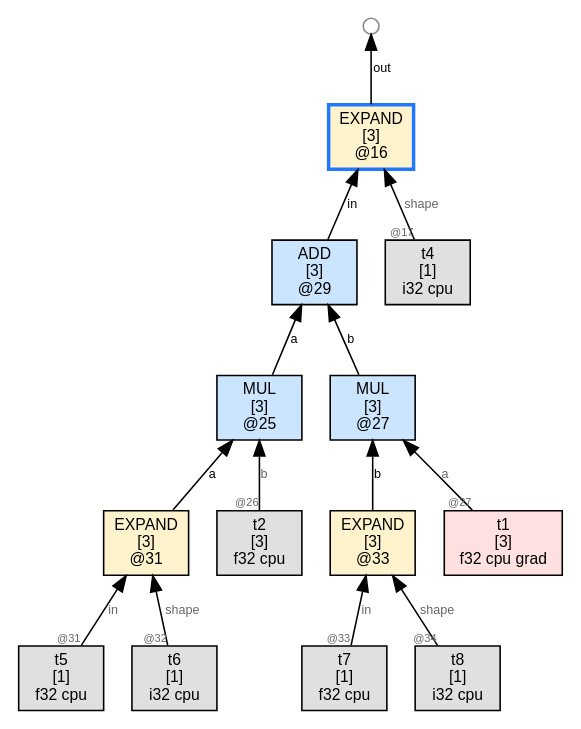
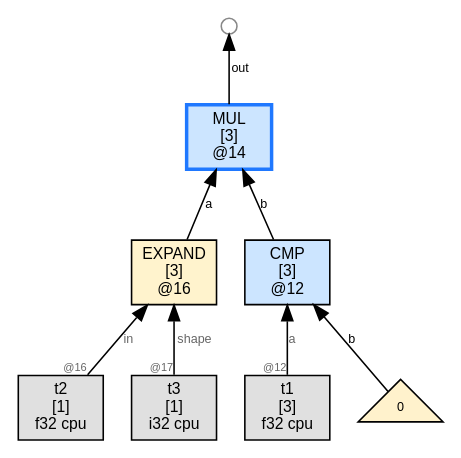
Before and after one commit to sw1sh/TinyHVM: the diagram in wl/examples/thvm_graphs/grad_rules/gradu_poly/thvm_1_post_reduce.dot, drawn with Graphviz. The commit also changed 4 other files, not shown here.

```diff
--- a/wl/examples/thvm_graphs/grad_rules/gradu_poly/thvm_1_post_reduce.dot
+++ b/wl/examples/thvm_graphs/grad_rules/gradu_poly/thvm_1_post_reduce.dot
@@ -1,33 +1,21 @@
 digraph G {
   rankdir=BT;
   node [fontname="Helvetica", fontsize=10, style=filled, shape=box, margin="0.1,0.05"];
   edge [fontsize=8, fontname="Helvetica"];
 
-  n16 [label="EXPAND\n[3]\n@16", shape=box, fillcolor="#fff3cd",color="#1f78ff",penwidth=2.2];
-  n29 -> n16 [label="in"];
-  t4 [label="t4\n[1]\ni32 cpu",shape=box,fillcolor="#e0e0e0"];
-  t4 -> n16 [label="shape",taillabel="@17",labelfontsize=7,fontcolor="#666666"];
-  free16_1000 [label="",shape=circle,width=0.14,height=0.14,fixedsize=true,fillcolor="#ffffff",color="#888888",fontsize=1];
-  n16 -> free16_1000 [label="out"];
-  n29 [label="ADD\n[3]\n@29", shape=box, fillcolor="#cce5ff"];
-  n25 -> n29 [label="a"];
-  n27 -> n29 [label="b"];
-  n31 [label="EXPAND\n[3]\n@31", shape=box, fillcolor="#fff3cd"];
-  t5 [label="t5\n[1]\nf32 cpu",shape=box,fillcolor="#e0e0e0"];
-  t5 -> n31 [label="in",taillabel="@31",labelfontsize=7,fontcolor="#666666"];
-  t6 [label="t6\n[1]\ni32 cpu",shape=box,fillcolor="#e0e0e0"];
-  t6 -> n31 [label="shape",taillabel="@32",labelfontsize=7,fontcolor="#666666"];
-  n33 [label="EXPAND\n[3]\n@33", shape=box, fillcolor="#fff3cd"];
-  t7 [label="t7\n[1]\nf32 cpu",shape=box,fillcolor="#e0e0e0"];
-  t7 -> n33 [label="in",taillabel="@33",labelfontsize=7,fontcolor="#666666"];
-  t8 [label="t8\n[1]\ni32 cpu",shape=box,fillcolor="#e0e0e0"];
-  t8 -> n33 [label="shape",taillabel="@34",labelfontsize=7,fontcolor="#666666"];
-  n25 [label="MUL\n[3]\n@25", shape=box, fillcolor="#cce5ff"];
-  n31 -> n25 [label="a"];
-  t2 [label="t2\n[3]\nf32 cpu",shape=box,fillcolor="#e0e0e0"];
-  t2 -> n25 [label="b",taillabel="@26",labelfontsize=7,fontcolor="#666666"];
-  n27 [label="MUL\n[3]\n@27", shape=box, fillcolor="#cce5ff"];
-  t1 [label="t1\n[3]\nf32 cpu grad",shape=box,fillcolor="#ffe0e0"];
-  t1 -> n27 [label="a",taillabel="@27",labelfontsize=7,fontcolor="#666666"];
-  n33 -> n27 [label="b"];
+  n14 [label="MUL\n[3]\n@14", shape=box, fillcolor="#cce5ff",color="#1f78ff",penwidth=2.2];
+  n16 -> n14 [label="a"];
+  n12 -> n14 [label="b"];
+  free14_1000 [label="",shape=circle,width=0.14,height=0.14,fixedsize=true,fillcolor="#ffffff",color="#888888",fontsize=1];
+  n14 -> free14_1000 [label="out"];
+  n16 [label="EXPAND\n[3]\n@16", shape=box, fillcolor="#fff3cd"];
+  t2 [label="t2\n[1]\nf32 cpu",shape=box,fillcolor="#e0e0e0"];
+  t2 -> n16 [label="in",taillabel="@16",labelfontsize=7,fontcolor="#666666"];
+  t3 [label="t3\n[1]\ni32 cpu",shape=box,fillcolor="#e0e0e0"];
+  t3 -> n16 [label="shape",taillabel="@17",labelfontsize=7,fontcolor="#666666"];
+  n12 [label="CMP\n[3]\n@12", shape=box, fillcolor="#cce5ff"];
+  t1 [label="t1\n[3]\nf32 cpu",shape=box,fillcolor="#e0e0e0"];
+  t1 -> n12 [label="a",taillabel="@12",labelfontsize=7,fontcolor="#666666"];
+  num12_1 [label="0",shape=triangle,fillcolor="#fff2cc",fontsize=8];
+  num12_1 -> n12 [label="b"];
 }
```
